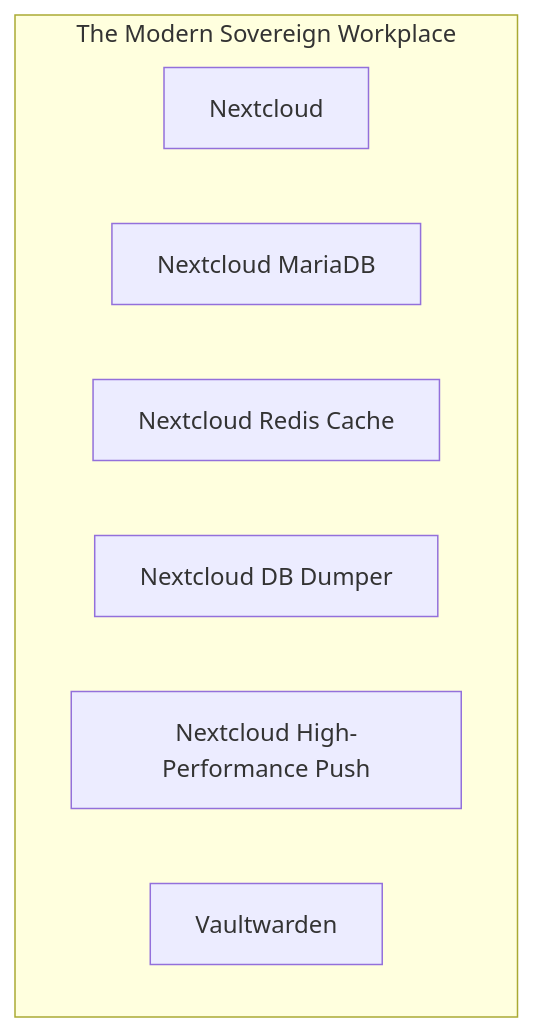
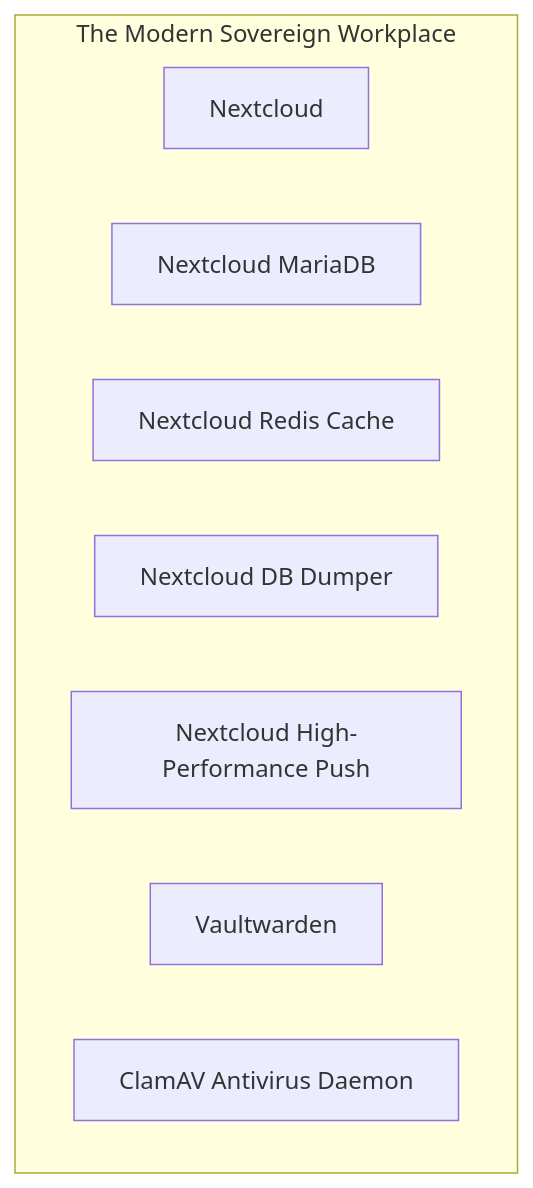
Before and after one commit to HenkVanHoek/njord-deploy-components: the diagram in stacks/modern-workplace/README.md, drawn with Mermaid. The commit also changed other lines of this file and 5 other files, not shown here.

````diff
--- a/stacks/modern-workplace/README.md
+++ b/stacks/modern-workplace/README.md
@@ -28,11 +29,12 @@
 ```mermaid
 flowchart TD
     subgraph Stack ["The Modern Sovereign Workplace"]
         nextcloud["Nextcloud"]
         nextcloud-db["Nextcloud MariaDB"]
         nextcloud-redis["Nextcloud Redis Cache"]
         nextcloud-db-dumper["Nextcloud DB Dumper"]
         notify-push["Nextcloud High-Performance Push"]
         vaultwarden["Vaultwarden"]
+        clamav["ClamAV Antivirus Daemon"]
     end
 ```
````
